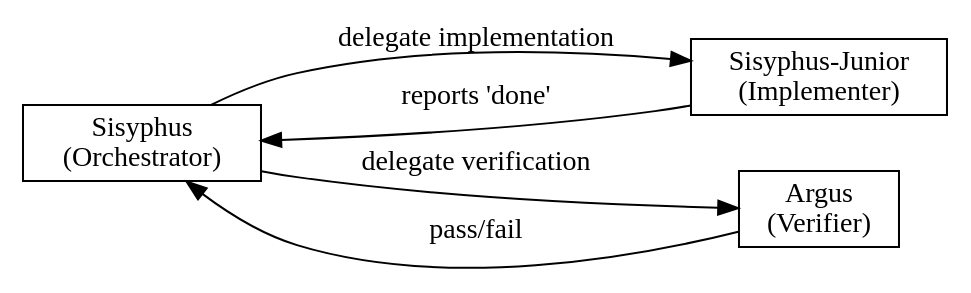
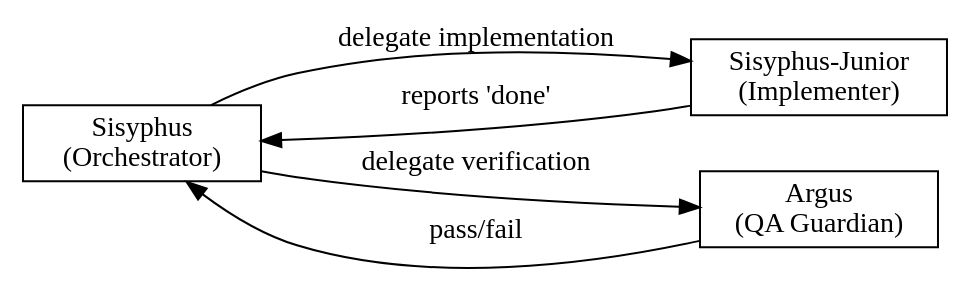
Before and after one commit to toongri/oh-my-toong-playground: the first of 5 diagrams in skills/sisyphus/SKILL.md, drawn with Graphviz. The commit also changed other lines of this file and 2 other files, not shown here.

````diff
--- a/skills/sisyphus/SKILL.md
+++ b/skills/sisyphus/SKILL.md
@@ -117,13 +117,13 @@
 ```dot
 digraph verification_roles {
     rankdir=LR;
     "sisyphus" [shape=box, label="Sisyphus\n(Orchestrator)"];
     "sisyphus-junior" [shape=box, label="Sisyphus-Junior\n(Implementer)"];
-    "argus" [shape=box, label="Argus\n(Verifier)"];
+    "argus" [shape=box, label="Argus\n(QA Guardian)"];
 
     "sisyphus" -> "sisyphus-junior" [label="delegate implementation"];
     "sisyphus-junior" -> "sisyphus" [label="reports 'done'"];
     "sisyphus" -> "argus" [label="delegate verification"];
     "argus" -> "sisyphus" [label="pass/fail"];
 }
 ```
````
